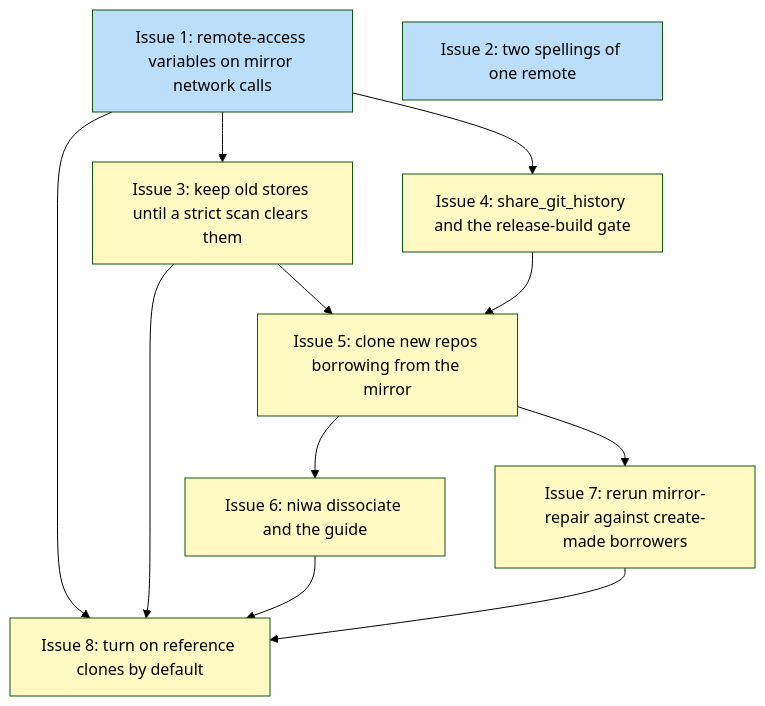
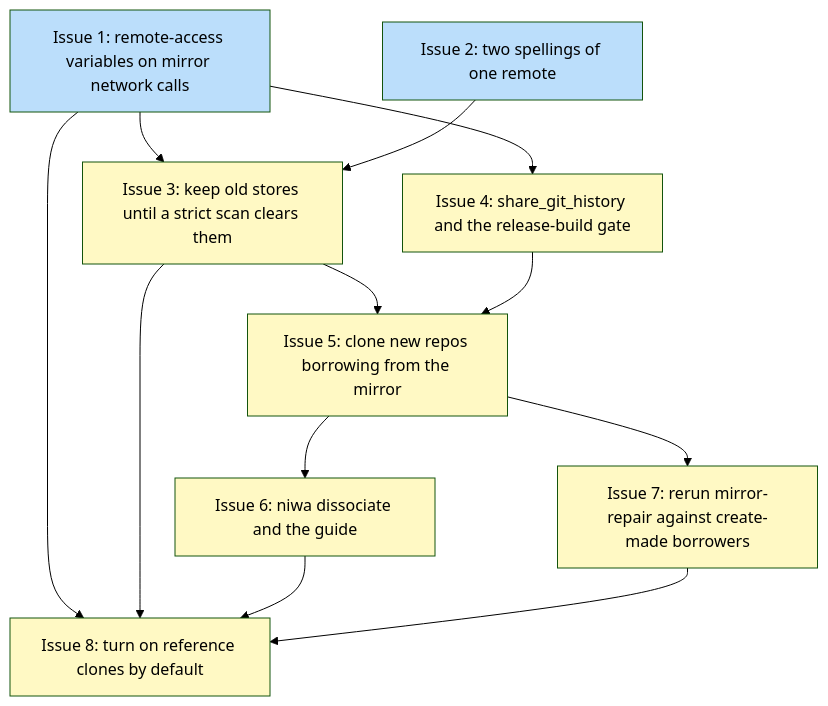
The diagram in docs/plans/PLAN-reference-clones.md (tsukumogami/niwa), drawn with Mermaid (forest theme) before and after one commit. The commit also changed other lines of this file, not shown here.

````diff
--- a/docs/plans/PLAN-reference-clones.md
+++ b/docs/plans/PLAN-reference-clones.md
@@ -249,35 +249,36 @@
 ```mermaid
 graph TD
     I1["Issue 1: remote-access variables on mirror network calls"]
     I2["Issue 2: two spellings of one remote"]
     I3["Issue 3: keep old stores until a strict scan clears them"]
     I4["Issue 4: share_git_history and the release-build gate"]
     I5["Issue 5: clone new repos borrowing from the mirror"]
     I6["Issue 6: niwa dissociate and the guide"]
     I7["Issue 7: rerun mirror-repair against create-made borrowers"]
     I8["Issue 8: turn on reference clones by default"]
 
     I1 --> I3
+    I2 --> I3
     I1 --> I4
     I3 --> I5
     I4 --> I5
     I5 --> I6
     I5 --> I7
     I1 --> I8
     I3 --> I8
     I6 --> I8
     I7 --> I8
 
     classDef done fill:#c8e6c9
     classDef ready fill:#bbdefb
     classDef blocked fill:#fff9c4
     classDef needsDesign fill:#e1bee7
     classDef needsPrd fill:#b3e5fc
     classDef needsSpike fill:#ffcdd2
     classDef needsDecision fill:#d1c4e9
     classDef tracksDesign fill:#FFE0B2,stroke:#F57C00,color:#000
     classDef tracksPlan fill:#FFE0B2,stroke:#F57C00,color:#000
 
     class I1,I2 ready
     class I3,I4,I5,I6,I7,I8 blocked
 ```
````
